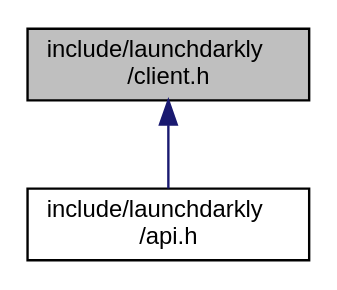
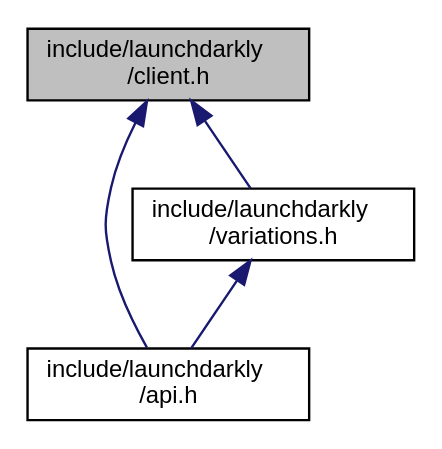
The diagram in client_8h__dep__incl.dot (launchdarkly/c-server-sdk), drawn with Graphviz before and after one commit. The commit also changed 109 other files, not shown here.

```diff
--- a/client_8h__dep__incl.dot
+++ b/client_8h__dep__incl.dot
@@ -1,8 +1,11 @@
 digraph "include/launchdarkly/client.h"
 {
   edge [fontname="Helvetica",fontsize="10",labelfontname="Helvetica",labelfontsize="10"];
   node [fontname="Helvetica",fontsize="10",shape=record];
-  Node7 [label="include/launchdarkly\l/client.h",height=0.2,width=0.4,color="black", fillcolor="grey75", style="filled", fontcolor="black"];
-  Node7 -> Node8 [dir="back",color="midnightblue",fontsize="10",style="solid",fontname="Helvetica"];
-  Node8 [label="include/launchdarkly\l/api.h",height=0.2,width=0.4,color="black", fillcolor="white", style="filled",URL="$api_8h.html",tooltip="Public API. Include this for every public operation. "];
+  Node8 [label="include/launchdarkly\l/client.h",height=0.2,width=0.4,color="black", fillcolor="grey75", style="filled", fontcolor="black"];
+  Node8 -> Node9 [dir="back",color="midnightblue",fontsize="10",style="solid",fontname="Helvetica"];
+  Node9 [label="include/launchdarkly\l/api.h",height=0.2,width=0.4,color="black", fillcolor="white", style="filled",URL="$api_8h.html",tooltip="Public API. Include this for every public operation. "];
+  Node8 -> Node10 [dir="back",color="midnightblue",fontsize="10",style="solid",fontname="Helvetica"];
+  Node10 [label="include/launchdarkly\l/variations.h",height=0.2,width=0.4,color="black", fillcolor="white", style="filled",URL="$variations_8h.html",tooltip="Public API Interface for evaluation variations. "];
+  Node10 -> Node9 [dir="back",color="midnightblue",fontsize="10",style="solid",fontname="Helvetica"];
 }
```
